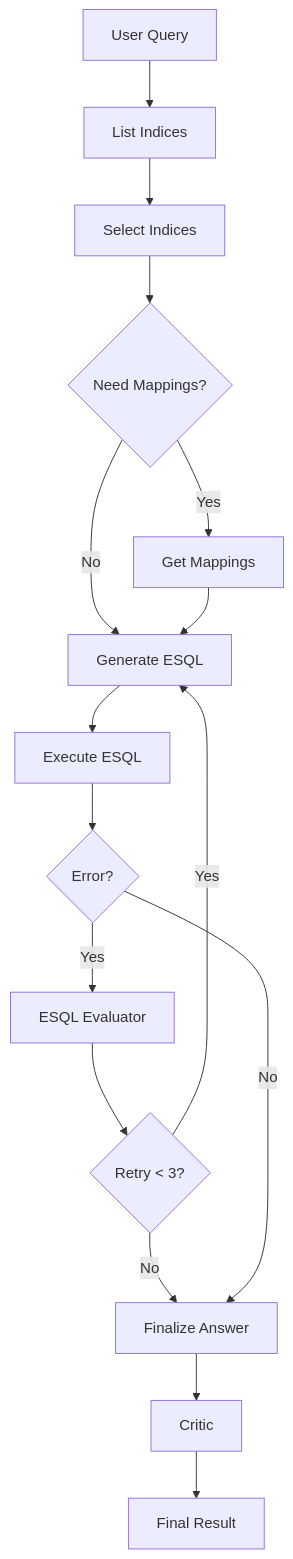
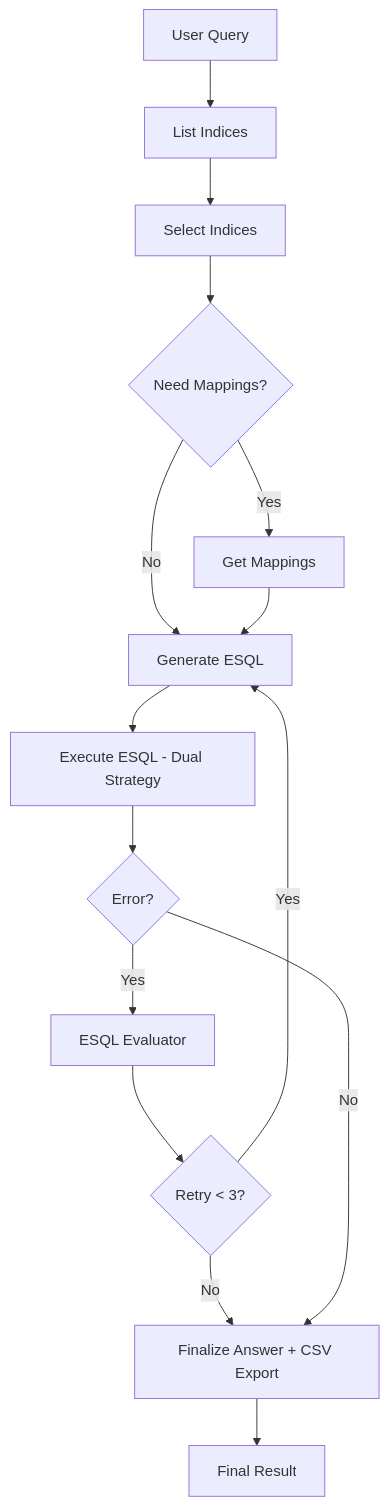
One commit to s-p-a-r-r-o-w-ai/agent-bifrost changed the diagram in README.md. Above: the diagram before and after it, drawn with Mermaid. The commit also changed other lines of this file and 13 other files, not shown here.

First line of the commit message:
feat: Implement dual query execution strategy and CSV export for large datasets

````diff
--- a/README.md
+++ b/README.md
@@ -234,18 +256,17 @@
 ```mermaid
 flowchart TD
     A[User Query] --> B[List Indices]
     B --> C[Select Indices]
     C --> D{Need Mappings?}
     D -->|Yes| E[Get Mappings]
     D -->|No| F[Generate ESQL]
     E --> F
-    F --> G[Execute ESQL]
+    F --> G[Execute ESQL - Dual Strategy]
     G --> H{Error?}
     H -->|Yes| I[ESQL Evaluator]
     I --> J{Retry < 3?}
     J -->|Yes| F
-    J -->|No| K[Finalize Answer]
+    J -->|No| K[Finalize Answer + CSV Export]
     H -->|No| K
-    K --> L[Critic]
-    L --> M[Final Result]
+    K --> L[Final Result]
 ```
````
